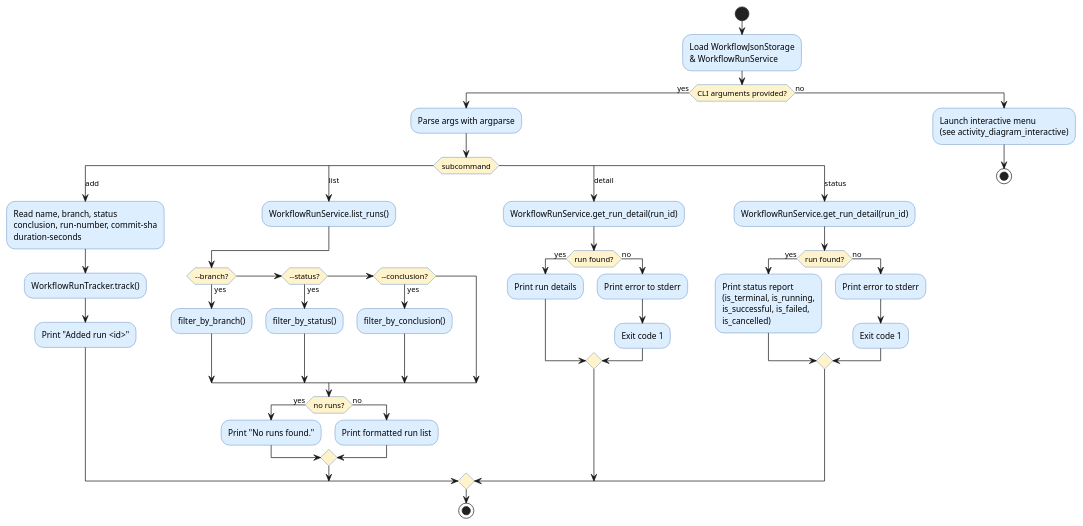
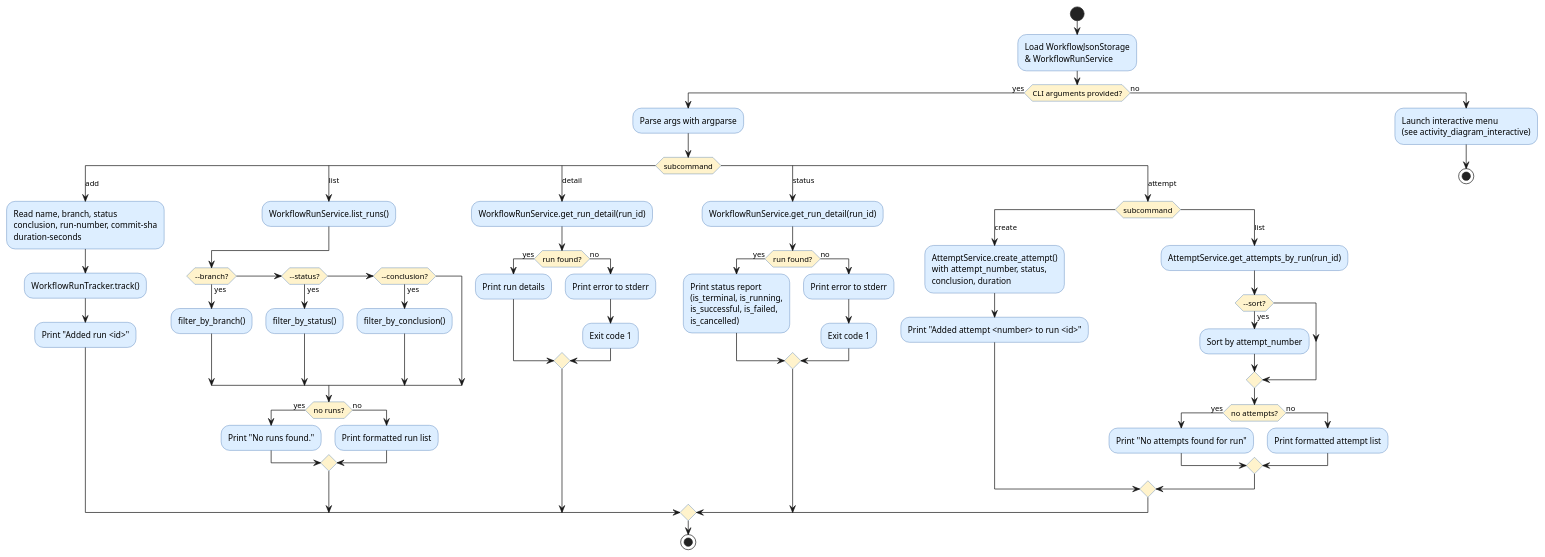
One commit to DanielRiha8906/Software_autoevolution_using_agents changed the diagram in experiments/supervisor_as_tools/user_stories/github-workflow-manager/artifacts/activity_diagram_main.puml. Above: the diagram before and after it, drawn with PlantUML. The commit also changed 10 other files, not shown here.

First line of the commit message:
Task 04: Implement AttemptService for attempt management

```diff
--- a/experiments/supervisor_as_tools/user_stories/github-workflow-manager/artifacts/activity_diagram_main.puml
+++ b/experiments/supervisor_as_tools/user_stories/github-workflow-manager/artifacts/activity_diagram_main.puml
@@ -1,61 +1,79 @@
 @startuml activity_diagram_main
 
 skinparam activityBackgroundColor #DDEEFF
 skinparam activityBorderColor     #3366AA
 skinparam activityDiamondBackgroundColor #FFF3CC
 
 start
 
 :Load WorkflowJsonStorage\n& WorkflowRunService;
 
 if (CLI arguments provided?) then (yes)
   :Parse args with argparse;
   switch (subcommand)
 
     case (add)
       :Read name, branch, status\nconclusion, run-number, commit-sha\nduration-seconds;
       :WorkflowRunTracker.track();
       :Print "Added run <id>";
 
     case (list)
       :WorkflowRunService.list_runs();
       if (--branch?) then (yes)
         :filter_by_branch();
       elseif (--status?) then (yes)
         :filter_by_status();
       elseif (--conclusion?) then (yes)
         :filter_by_conclusion();
       endif
       if (no runs?) then (yes)
         :Print "No runs found.";
       else (no)
         :Print formatted run list;
       endif
 
     case (detail)
       :WorkflowRunService.get_run_detail(run_id);
       if (run found?) then (yes)
         :Print run details;
       else (no)
         :Print error to stderr;
         :Exit code 1;
       endif
 
     case (status)
       :WorkflowRunService.get_run_detail(run_id);
       if (run found?) then (yes)
         :Print status report\n(is_terminal, is_running,\nis_successful, is_failed,\nis_cancelled);
       else (no)
         :Print error to stderr;
         :Exit code 1;
       endif
 
+    case (attempt)
+      switch (subcommand)
+        case (create)
+          :AttemptService.create_attempt()\nwith attempt_number, status,\nconclusion, duration;
+          :Print "Added attempt <number> to run <id>";
+
+        case (list)
+          :AttemptService.get_attempts_by_run(run_id);
+          if (--sort?) then (yes)
+            :Sort by attempt_number;
+          endif
+          if (no attempts?) then (yes)
+            :Print "No attempts found for run";
+          else (no)
+            :Print formatted attempt list;
+          endif
+      endswitch
+
   endswitch
   stop
 
 else (no)
   :Launch interactive menu\n(see activity_diagram_interactive);
   stop
 endif
 
 @enduml
```
